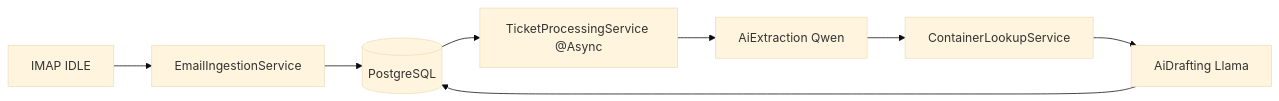
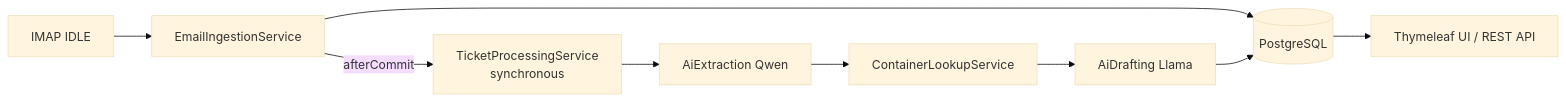
The first of 2 diagrams in docs/AGENT_HANDOFF_V1_V2.md (olegskel7-wq/smart-freight-inbox), drawn with Mermaid (base theme) before and after one commit. The commit also changed other lines of this file and 29 other files, not shown here.

````diff
--- a/docs/AGENT_HANDOFF_V1_V2.md
+++ b/docs/AGENT_HANDOFF_V1_V2.md
@@ -105,10 +117,11 @@
 ```mermaid
 flowchart LR
   IMAP[IMAP IDLE] --> ING[EmailIngestionService]
   ING --> DB[(PostgreSQL)]
-  DB --> TPS[TicketProcessingService @Async]
+  ING -->|afterCommit| TPS[TicketProcessingService<br/>synchronous]
   TPS --> Q[AiExtraction Qwen]
   Q --> L[ContainerLookupService]
   L --> D[AiDrafting Llama]
   D --> DB
+  DB --> UI[Thymeleaf UI / REST API]
 ```
````
